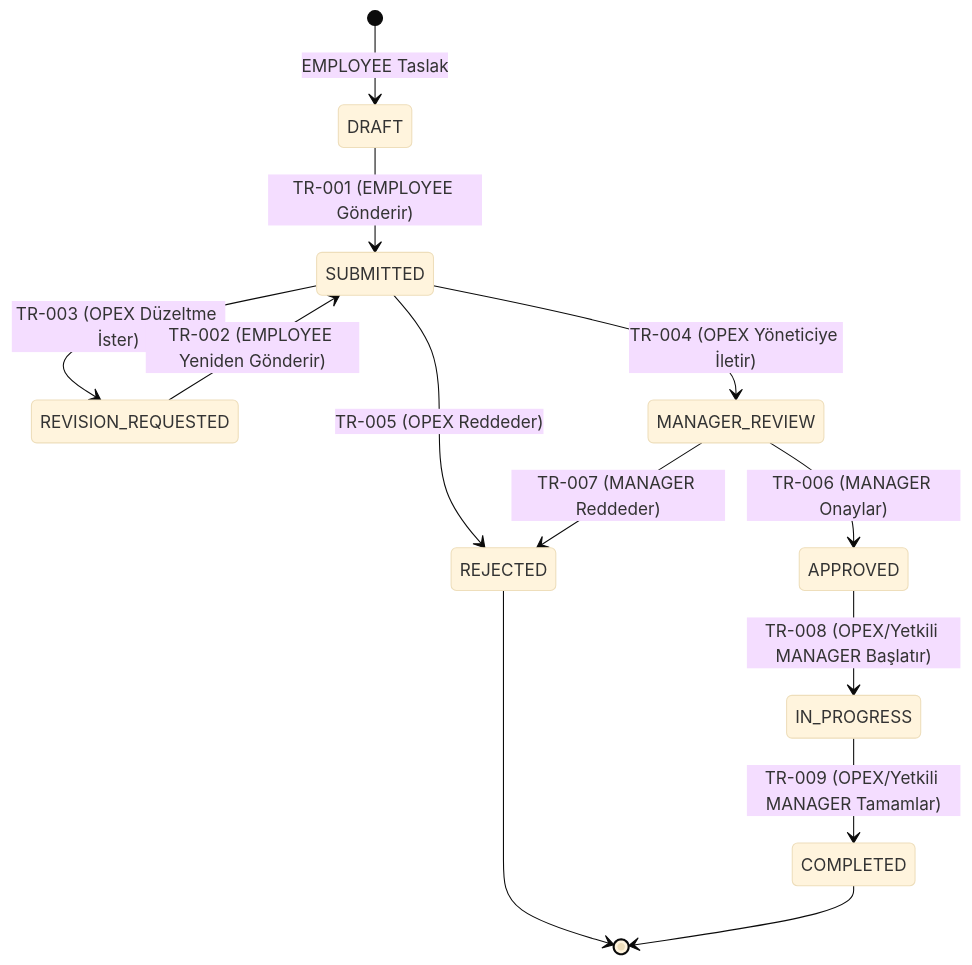
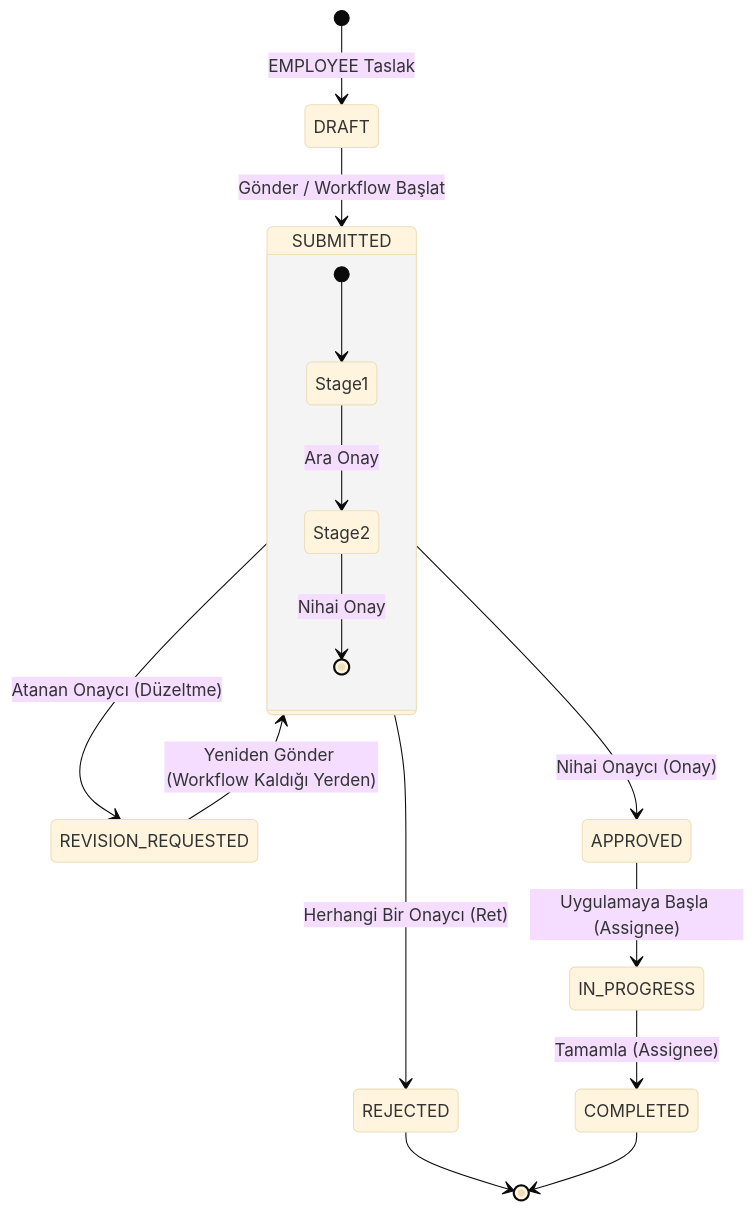
Before and after one commit to mustafaemre027/kaizenflow: the diagram in docs/kaizen-workflow.md, drawn with Mermaid (base theme). The commit also changed other lines of this file and 2 other files, not shown here.

````diff
--- a/docs/kaizen-workflow.md
+++ b/docs/kaizen-workflow.md
@@ -46,15 +41,23 @@
 ```mermaid
 stateDiagram-v2
     [*] --> DRAFT : EMPLOYEE Taslak
-    DRAFT --> SUBMITTED : TR-001 (EMPLOYEE Gönderir)
-    SUBMITTED --> REVISION_REQUESTED : TR-003 (OPEX Düzeltme İster)
-    REVISION_REQUESTED --> SUBMITTED : TR-002 (EMPLOYEE Yeniden Gönderir)
-    SUBMITTED --> MANAGER_REVIEW : TR-004 (OPEX Yöneticiye İletir)
-    SUBMITTED --> REJECTED : TR-005 (OPEX Reddeder)
-    MANAGER_REVIEW --> APPROVED : TR-006 (MANAGER Onaylar)
-    MANAGER_REVIEW --> REJECTED : TR-007 (MANAGER Reddeder)
-    APPROVED --> IN_PROGRESS : TR-008 (OPEX/Yetkili MANAGER Başlatır)
-    IN_PROGRESS --> COMPLETED : TR-009 (OPEX/Yetkili MANAGER Tamamlar)
+    DRAFT --> SUBMITTED : Gönder / Workflow Başlat
+
+    state SUBMITTED {
+        [*] --> Stage1
+        Stage1 --> Stage2 : Ara Onay
+        Stage2 --> [*] : Nihai Onay
+    }
+
+    SUBMITTED --> REVISION_REQUESTED : Atanan Onaycı (Düzeltme)
+    REVISION_REQUESTED --> SUBMITTED : Yeniden Gönder (Workflow Kaldığı Yerden)
+
+    SUBMITTED --> REJECTED : Herhangi Bir Onaycı (Ret)
+    SUBMITTED --> APPROVED : Nihai Onaycı (Onay)
+
+    APPROVED --> IN_PROGRESS : Uygulamaya Başla (Assignee)
+    IN_PROGRESS --> COMPLETED : Tamamla (Assignee)
+
     REJECTED --> [*]
     COMPLETED --> [*]
 ```
````
